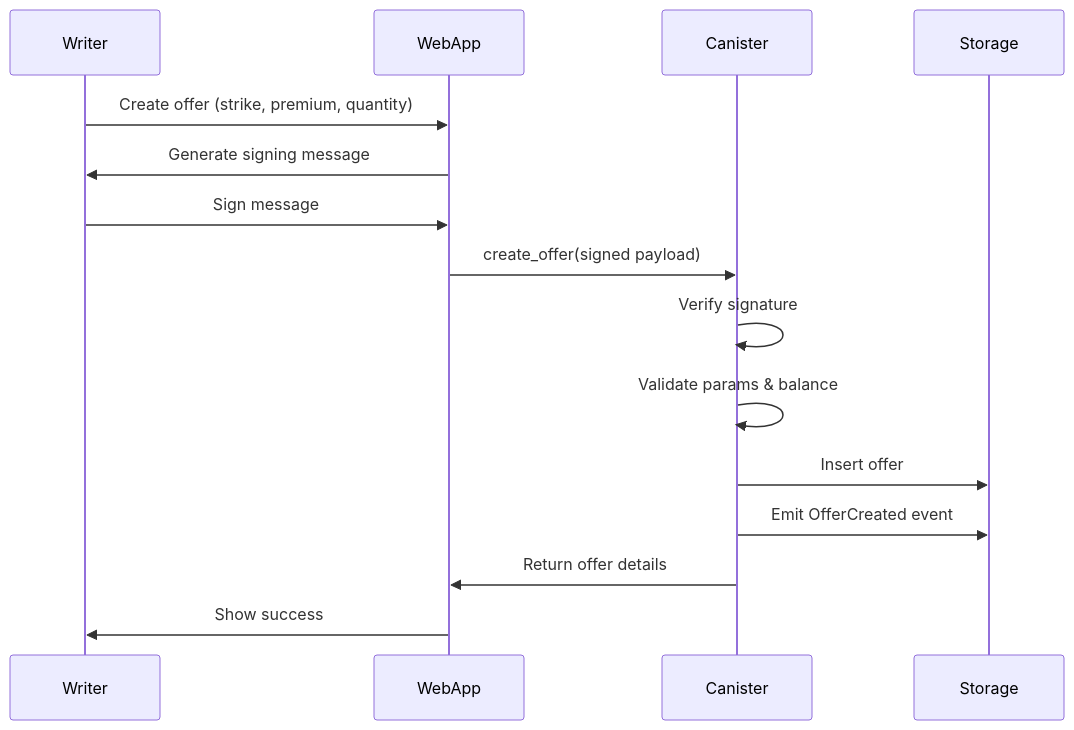
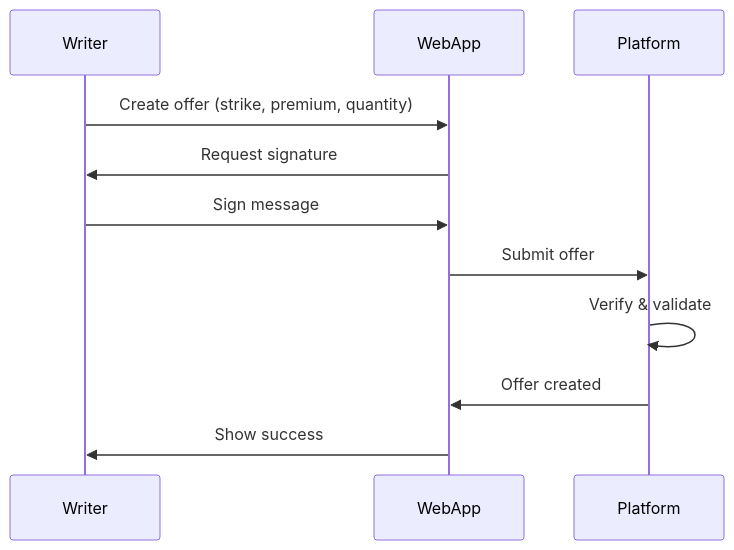
Before and after one commit to isometricfi/isometric-mono: the second of 4 diagrams in apps/docs/docs/architecture/overview.md, drawn with Mermaid. The commit also changed other lines of this file and 9 other files, not shown here.

````diff
--- a/apps/docs/docs/architecture/overview.md
+++ b/apps/docs/docs/architecture/overview.md
@@ -94,18 +94,14 @@
 ```mermaid
 sequenceDiagram
     participant Writer
     participant WebApp
-    participant Canister
-    participant Storage
+    participant Platform
     
     Writer->>WebApp: Create offer (strike, premium, quantity)
-    WebApp->>Writer: Generate signing message
+    WebApp->>Writer: Request signature
     Writer->>WebApp: Sign message
-    WebApp->>Canister: create_offer(signed payload)
-    Canister->>Canister: Verify signature
-    Canister->>Canister: Validate params & balance
-    Canister->>Storage: Insert offer
-    Canister->>Storage: Emit OfferCreated event
-    Canister->>WebApp: Return offer details
+    WebApp->>Platform: Submit offer
+    Platform->>Platform: Verify & validate
+    Platform->>WebApp: Offer created
     WebApp->>Writer: Show success
 ```
````
